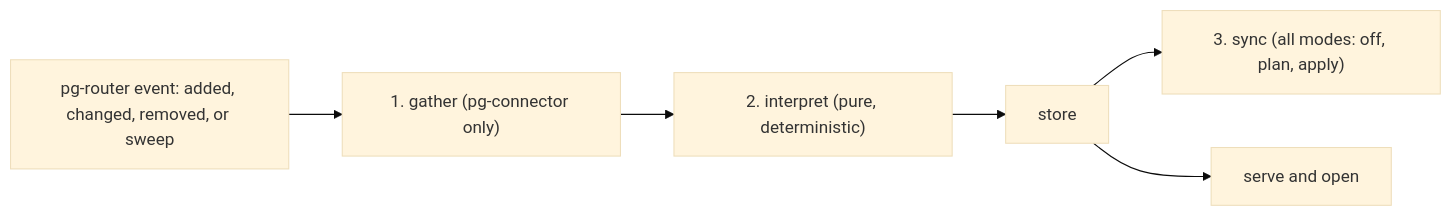
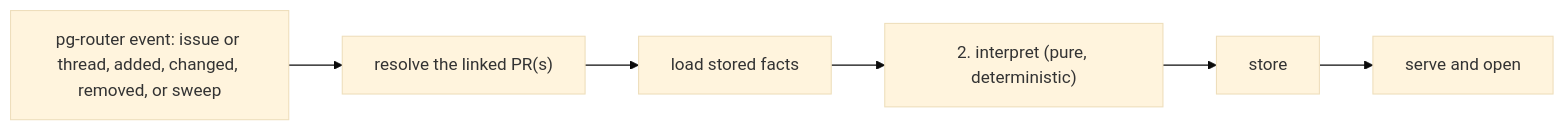
The diagram in docs/behavior/pg-desk/pipeline-run.md (phillipgreenii/nix-agent-support), drawn with Mermaid (base theme) before and after one commit. The commit also changed other lines of this file and 96 other files, not shown here.

First line of the commit message:
pg-desk: delete the legacy sync stage, ledger, reconcile, sweep, run pr and the parity old side (P9a-2)

````diff
--- a/docs/behavior/pg-desk/pipeline-run.md
+++ b/docs/behavior/pg-desk/pipeline-run.md
@@ -11,8 +15,8 @@
 ```mermaid
 flowchart LR
-    EV["pg-router event: added, changed, removed, or sweep"] --> G["1. gather (pg-connector only)"]
-    G --> I["2. interpret (pure, deterministic)"]
+    EV["pg-router event: issue or thread, added, changed, removed, or sweep"] --> R["resolve the linked PR(s)"]
+    R --> L["load stored facts"]
+    L --> I["2. interpret (pure, deterministic)"]
     I --> ST["store"]
-    ST --> S["3. sync (all modes: off, plan, apply)"]
     ST --> SV["serve and open"]
 ```
````
